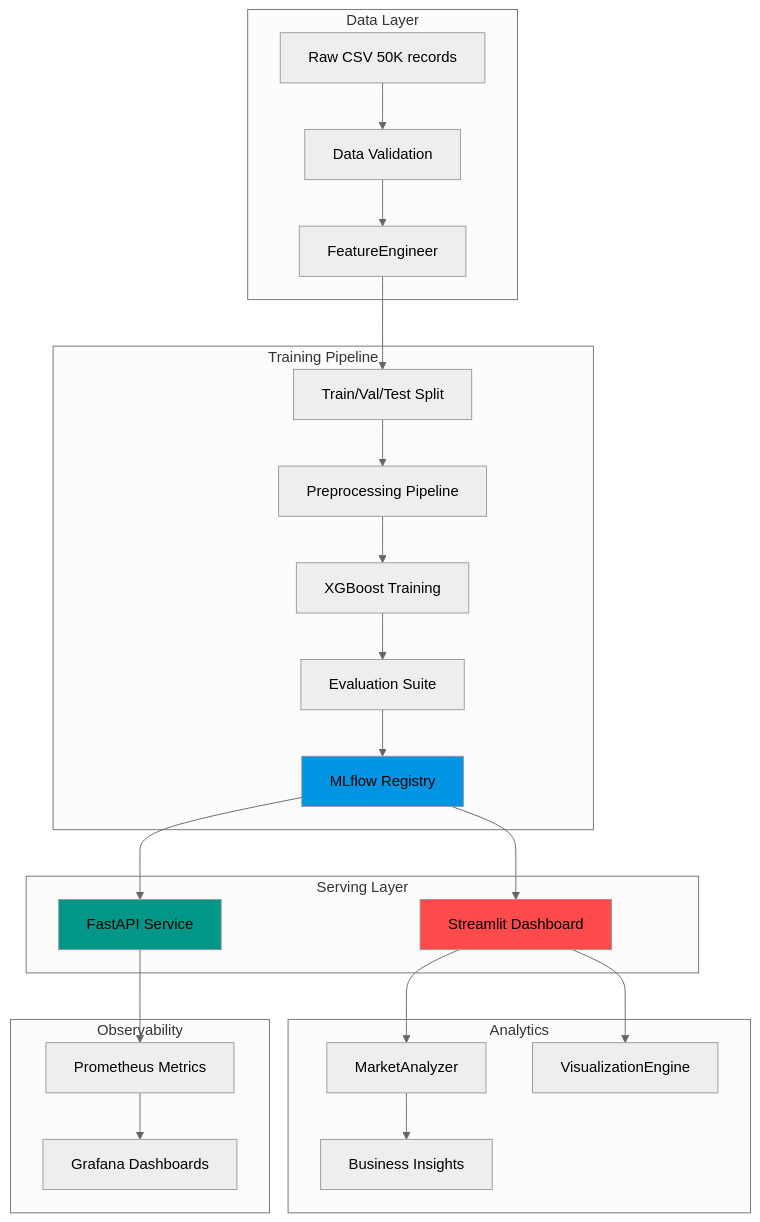
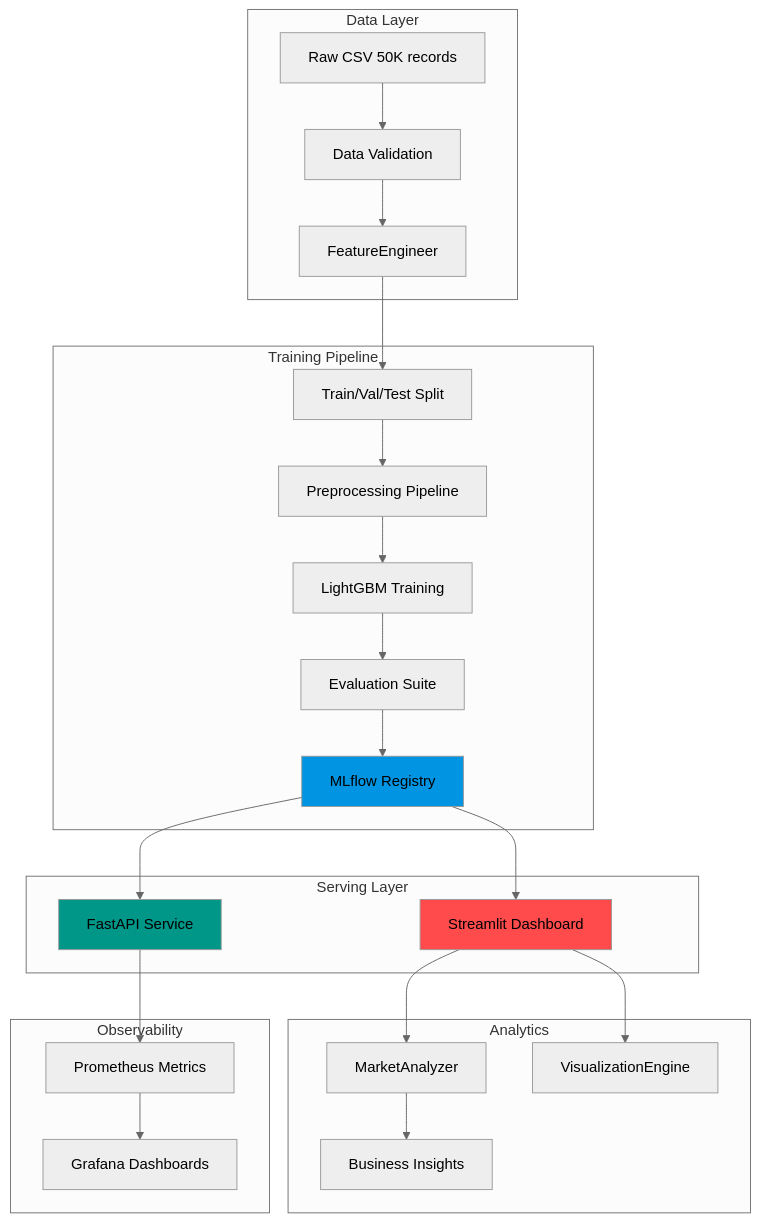
The diagram in CarVision-Market-Intelligence/README.md (DuqueOM/ML-MLOps-Portfolio), drawn with Mermaid (neutral theme) before and after one commit. The commit also changed other lines of this file and 8 other files, not shown here.

````diff
--- a/CarVision-Market-Intelligence/README.md
+++ b/CarVision-Market-Intelligence/README.md
@@ -228,35 +228,35 @@
 ```mermaid
 graph TB
     subgraph "Data Layer"
         A[Raw CSV 50K records] --> B[Data Validation]
         B --> C[FeatureEngineer]
     end
     
     subgraph "Training Pipeline"
         C --> D[Train/Val/Test Split]
         D --> E[Preprocessing Pipeline]
-        E --> F[XGBoost Training]
+        E --> F[LightGBM Training]
         F --> G[Evaluation Suite]
         G --> H[MLflow Registry]
     end
     
     subgraph "Serving Layer"
         H --> I[FastAPI Service]
         H --> J[Streamlit Dashboard]
     end
     
     subgraph "Analytics"
         J --> K[MarketAnalyzer]
         J --> L[VisualizationEngine]
         K --> M[Business Insights]
     end
     
     subgraph "Observability"
         I --> N[Prometheus Metrics]
         N --> O[Grafana Dashboards]
     end
     
     style H fill:#0194E2
     style J fill:#FF4B4B
     style I fill:#009688
 ```
````
